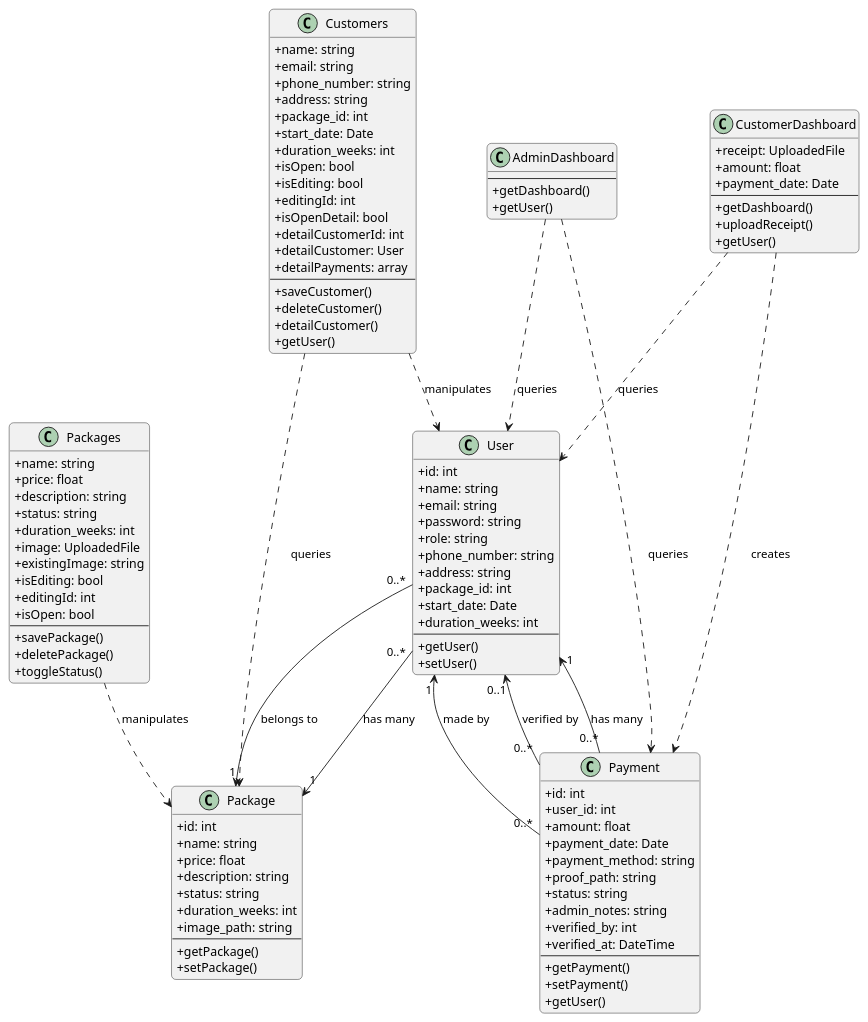
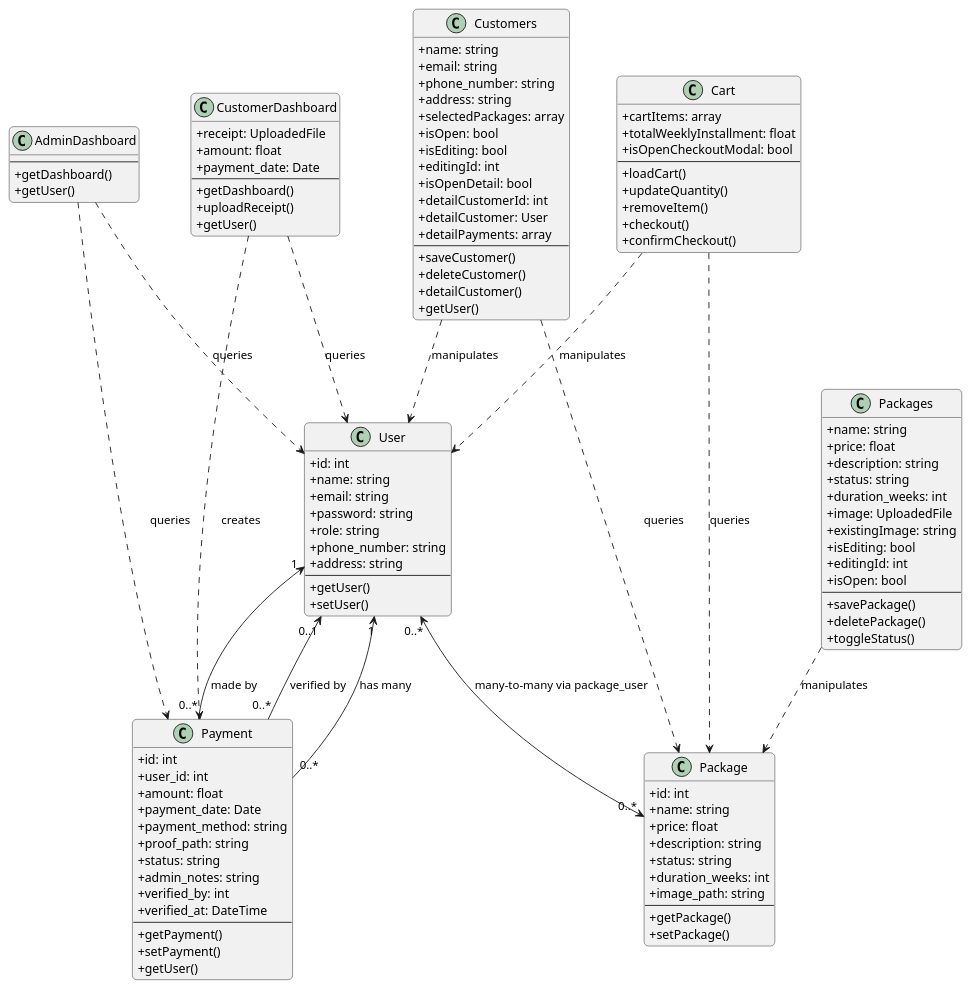
The diagram in docs/class-diagram.puml (asepwahyudi1/lebaran-fund-management), drawn with PlantUML before and after one commit. The commit also changed 4 other files, not shown here.

Commit message:
refactor: update architecture documentation to support many-to-many package relations and cart checkout functionality

```diff
--- a/docs/class-diagram.puml
+++ b/docs/class-diagram.puml
@@ -1,124 +1,132 @@
 @startuml Class Diagram - Lebaran Fund Management
 
 skinparam roundcorner 10
 skinparam theme silver
 skinparam classAttributeIconSize 0
 
 class User {
     +id: int
     +name: string
     +email: string
     +password: string
     +role: string
     +phone_number: string
     +address: string
-    +package_id: int
-    +start_date: Date
-    +duration_weeks: int
     --
     +getUser()
     +setUser()
 }
 
 class Package {
     +id: int
     +name: string
     +price: float
     +description: string
     +status: string
     +duration_weeks: int
     +image_path: string
     --
     +getPackage()
     +setPackage()
 }
 
 class Payment {
     +id: int
     +user_id: int
     +amount: float
     +payment_date: Date
     +payment_method: string
     +proof_path: string
     +status: string
     +admin_notes: string
     +verified_by: int
     +verified_at: DateTime
     --
     +getPayment()
     +setPayment()
     +getUser()
 }
 
 class AdminDashboard {
     --
     +getDashboard()
     +getUser()
 }
 
 class Packages {
     +name: string
     +price: float
     +description: string
     +status: string
     +duration_weeks: int
     +image: UploadedFile
     +existingImage: string
     +isEditing: bool
     +editingId: int
     +isOpen: bool
     --
     +savePackage()
     +deletePackage()
     +toggleStatus()
 }
 
 class Customers {
     +name: string
     +email: string
     +phone_number: string
     +address: string
-    +package_id: int
-    +start_date: Date
-    +duration_weeks: int
+    +selectedPackages: array
     +isOpen: bool
     +isEditing: bool
     +editingId: int
     +isOpenDetail: bool
     +detailCustomerId: int
     +detailCustomer: User
     +detailPayments: array
     --
     +saveCustomer()
     +deleteCustomer()
     +detailCustomer()
     +getUser()
 }
 
 class CustomerDashboard {
     +receipt: UploadedFile
     +amount: float
     +payment_date: Date
     --
     +getDashboard()
     +uploadReceipt()
     +getUser()
 }
 
+class Cart {
+    +cartItems: array
+    +totalWeeklyInstallment: float
+    +isOpenCheckoutModal: bool
+    --
+    +loadCart()
+    +updateQuantity()
+    +removeItem()
+    +checkout()
+    +confirmCheckout()
+}
+
 ' Relations between Models
-User "0..*" --> "1" Package : belongs to
-Package "1" <-- "0..*" User : has many
+User "0..*" <--> "0..*" Package : many-to-many via package_user
 User "1" <-- "0..*" Payment : has many
 Payment "0..*" --> "1" User : made by
 Payment "0..*" --> "0..1" User : verified by
 
 ' Relations between Controllers and Models
 AdminDashboard ..> User : queries
 AdminDashboard ..> Payment : queries
 Packages ..> Package : manipulates
 Customers ..> User : manipulates
 Customers ..> Package : queries
 CustomerDashboard ..> Payment : creates
 CustomerDashboard ..> User : queries
+Cart ..> Package : queries
+Cart ..> User : manipulates
 
 @endum
```
